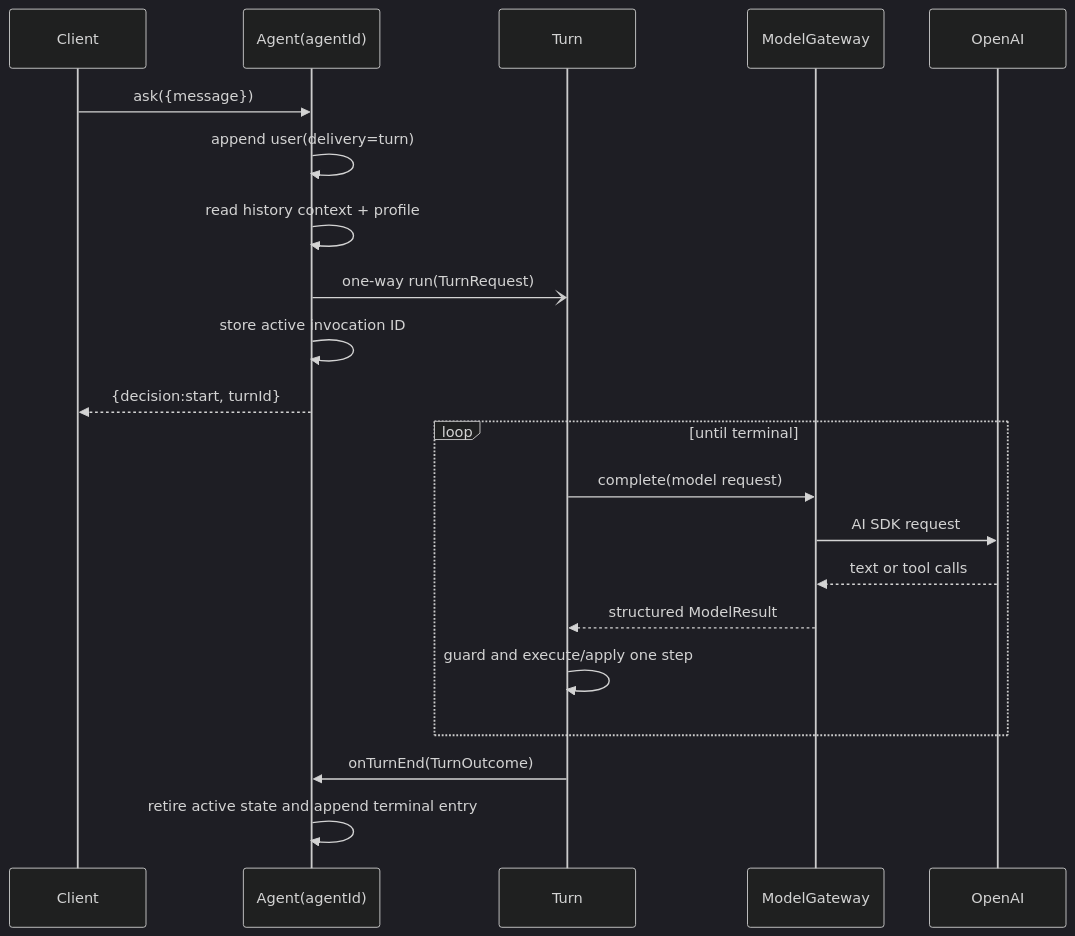
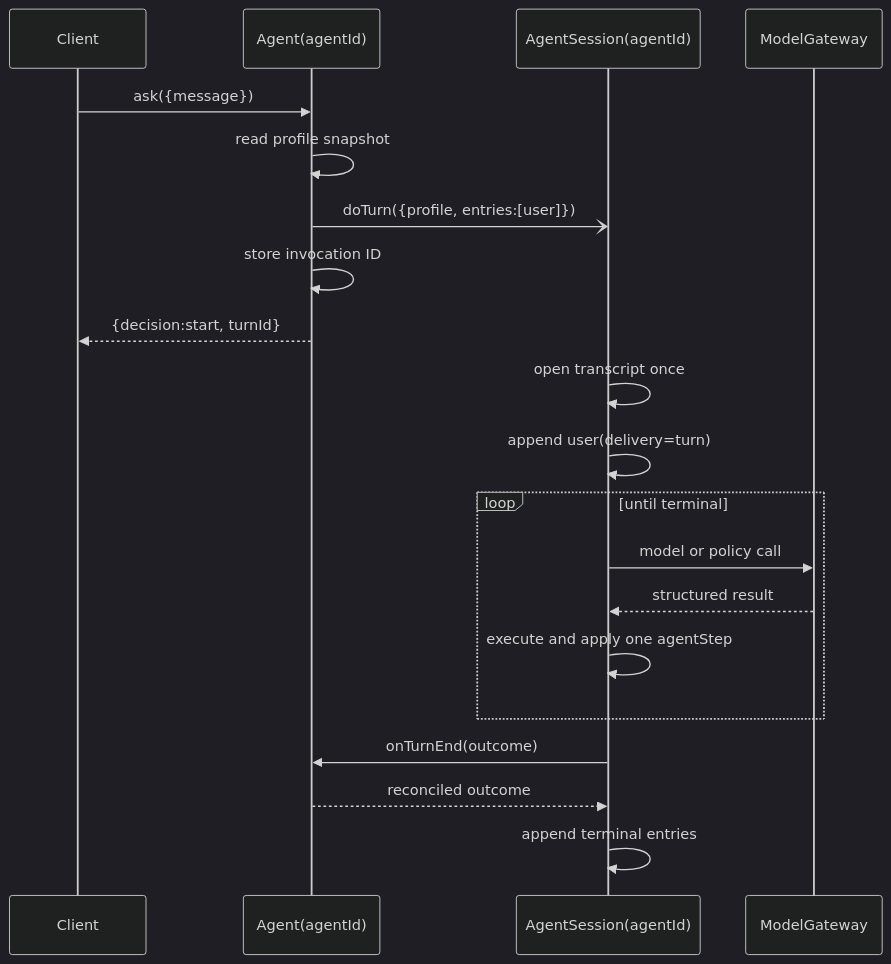
The first of 4 diagrams in docs/architecture.md (restatedev/agent), drawn with Mermaid (dark theme) before and after one commit. The commit also changed other lines of this file and 10 other files, not shown here.

Commit message:
docs: align guides with agent session architecture

````diff
--- a/docs/architecture.md
+++ b/docs/architecture.md
@@ -162,26 +152,24 @@
 ```mermaid
 sequenceDiagram
   participant C as Client
   participant A as Agent(agentId)
-  participant T as Turn
+  participant S as AgentSession(agentId)
   participant G as ModelGateway
-  participant O as OpenAI
 
   C->>A: ask({message})
-  A->>A: append user(delivery=turn)
-  A->>A: read history context + profile
-  A-)T: one-way run(TurnRequest)
-  A->>A: store active invocation ID
+  A->>A: read profile snapshot
+  A-)S: doTurn({profile, entries:[user]})
+  A->>A: store invocation ID
   A-->>C: {decision:start, turnId}
 
+  S->>S: open transcript once
+  S->>S: append user(delivery=turn)
   loop until terminal
-    T->>G: complete(model request)
-    G->>O: AI SDK request
-    O-->>G: text or tool calls
-    G-->>T: structured ModelResult
-    T->>T: guard and execute/apply one step
+    S->>G: model or policy call
+    G-->>S: structured result
+    S->>S: execute and apply one agentStep
   end
-
-  T->>A: onTurnEnd(TurnOutcome)
-  A->>A: retire active state and append terminal entry
+  S->>A: onTurnEnd(outcome)
+  A-->>S: reconciled outcome
+  S->>S: append terminal entries
 ```
````
